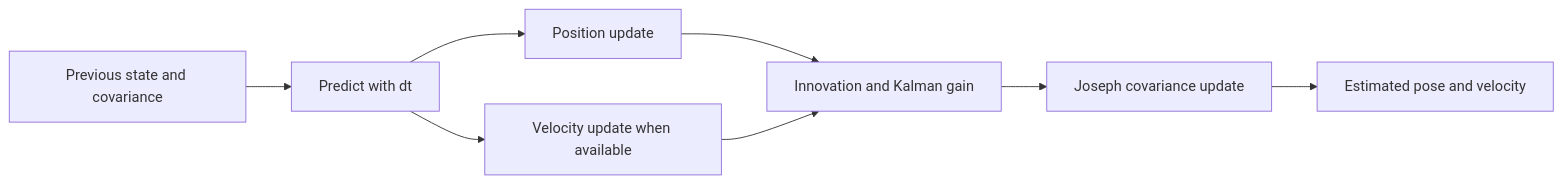
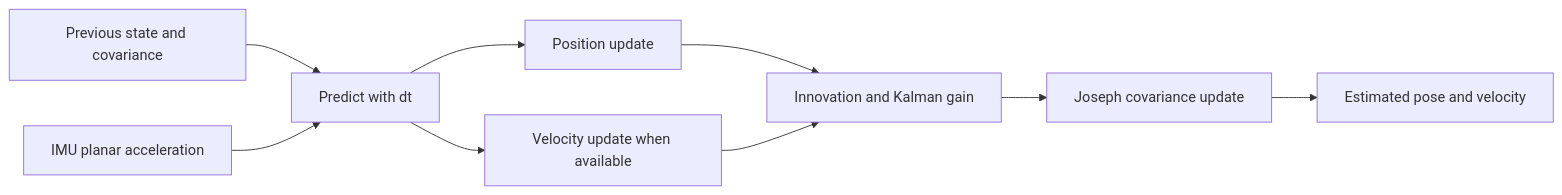
One commit to Parth-Oza/ekf-sensor-fusion-lab changed the diagram in README.md. Above: the diagram before and after it, drawn with Mermaid. The commit also changed other lines of this file and 12 other files, not shown here.

````diff
--- a/README.md
+++ b/README.md
@@ -26,10 +28,11 @@
 ```mermaid
 flowchart LR
   A[Previous state and covariance] --> B[Predict with dt]
+  H[IMU planar acceleration] --> B
   B --> C[Position update]
   B --> D[Velocity update when available]
   C --> E[Innovation and Kalman gain]
   D --> E
   E --> F[Joseph covariance update]
   F --> G[Estimated pose and velocity]
 ```
````
